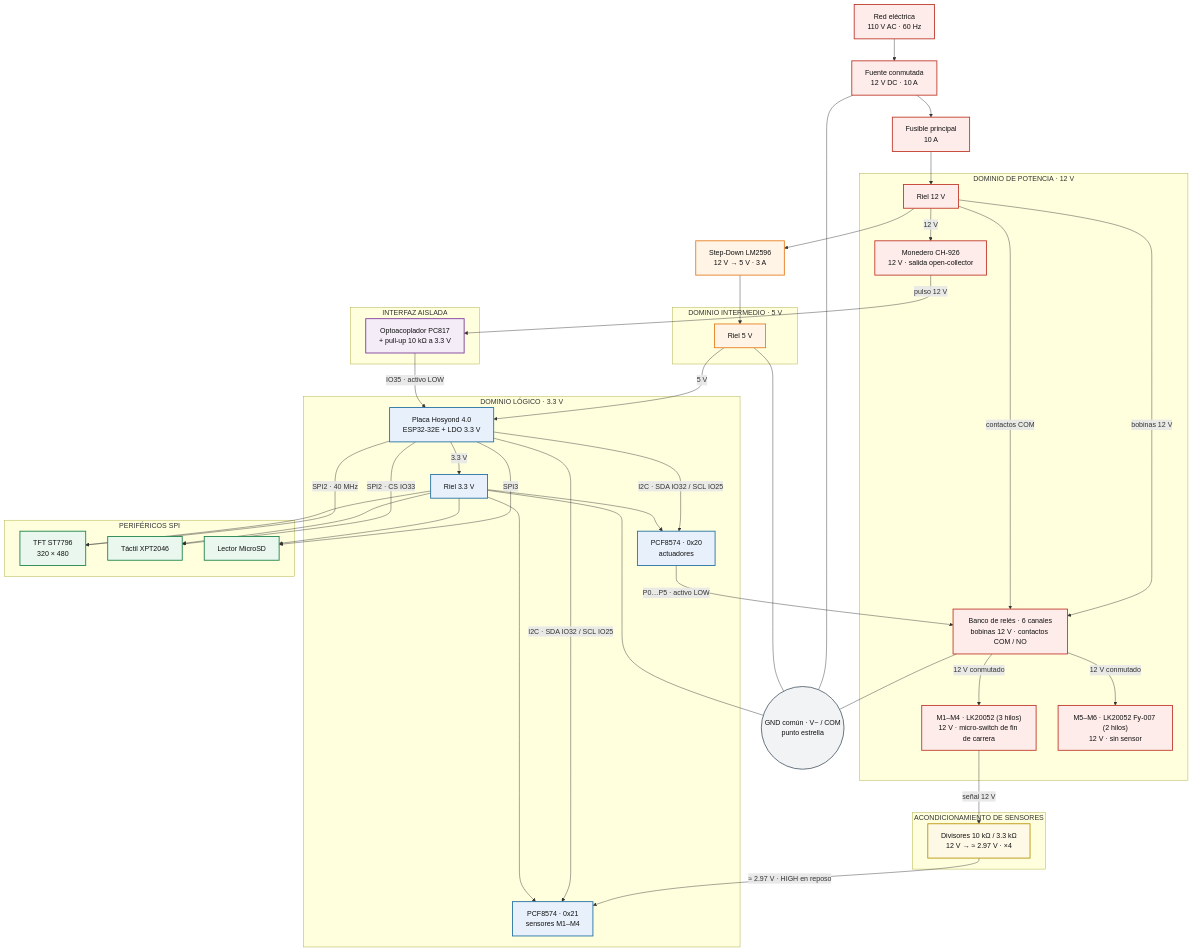
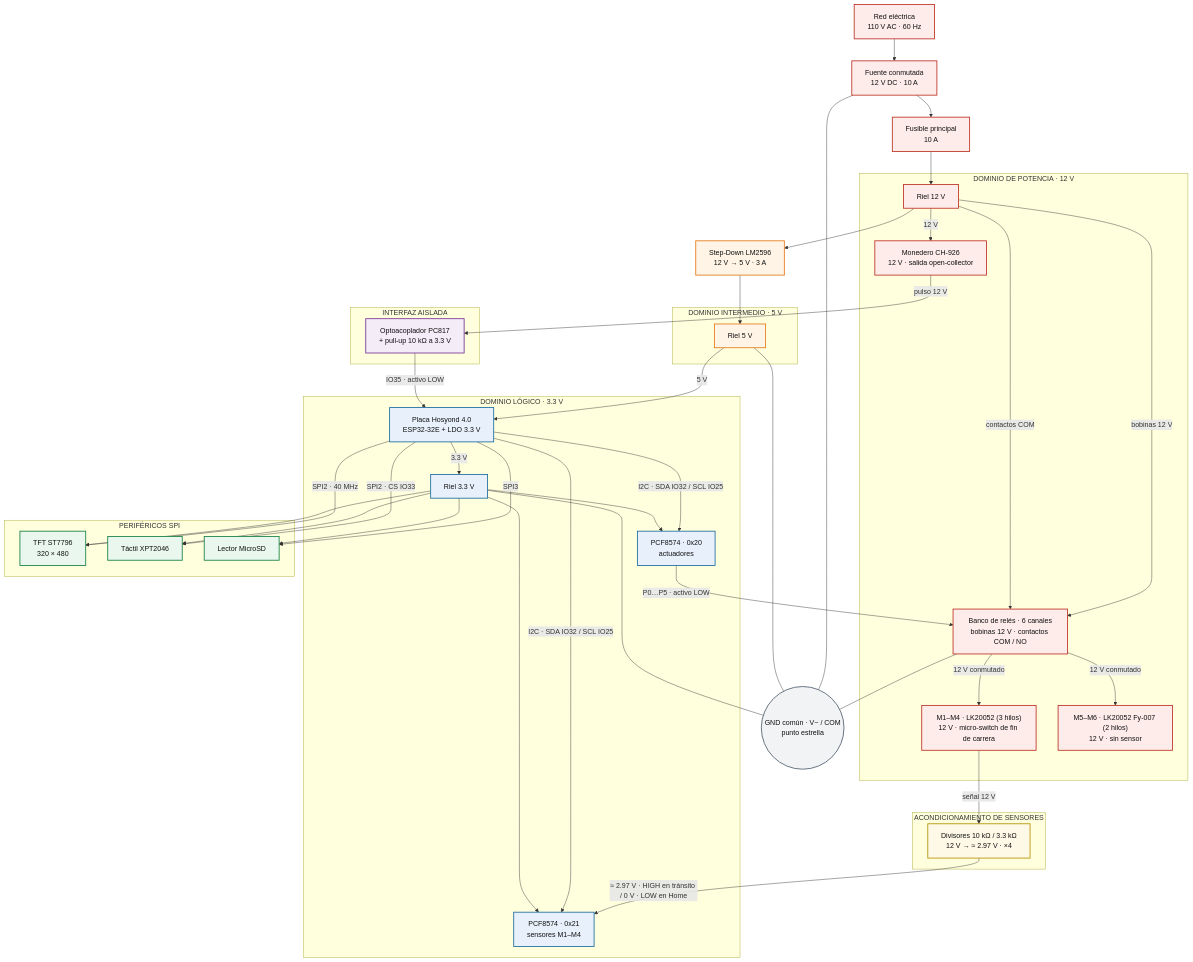
Before and after one commit to yeremybautista77/Maquina_Expendedora: the first of 3 diagrams in Diseño_electronico/ARQUITECTURA_HARDWARE.md, drawn with Mermaid. The commit also changed other lines of this file and 7 other files, not shown here.

```diff
--- a/Diseño_electronico/ARQUITECTURA_HARDWARE.md
+++ b/Diseño_electronico/ARQUITECTURA_HARDWARE.md
@@ -62,7 +62,7 @@
     RELAYS -->|"12 V conmutado"| MOTORS_S
     RELAYS -->|"12 V conmutado"| MOTORS_T
     MOTORS_S -->|"señal 12 V"| DIV
-    DIV -->|"≈ 2.97 V · HIGH en reposo"| M21
+    DIV -->|"≈ 2.97 V · HIGH en tránsito / 0 V · LOW en Home"| M21
     M20 -->|"P0…P5 · activo LOW"| RELAYS
 
     COIN -->|"pulso 12 V"| OPTO
```
